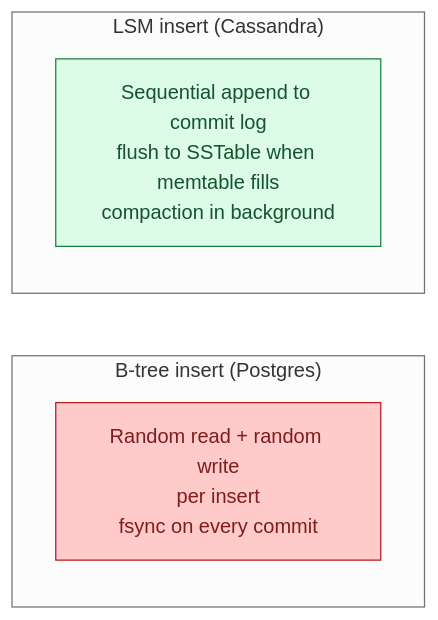
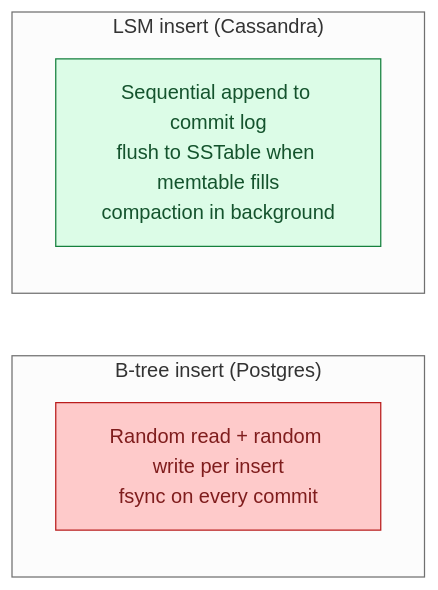
One commit to shiningflash/system-design changed the fourth of 9 diagrams in problems/018-write-heavy-patterns/solution.md. Above: the diagram before and after it, drawn with Mermaid (neutral theme). The commit also changed other lines of this file and 37 other files, not shown here.

````diff
--- a/problems/018-write-heavy-patterns/solution.md
+++ b/problems/018-write-heavy-patterns/solution.md
@@ -219,14 +204,14 @@
 ```mermaid
 flowchart LR
     subgraph BTree["B-tree insert (Postgres)"]
         direction TB
-        BW["Random read + random write<br/>per insert<br/>fsync on every commit"]:::bad
+        BW["Random read + random write per insert<br/>fsync on every commit"]:::bad
     end
     subgraph LSM["LSM insert (Cassandra)"]
         direction TB
         LW["Sequential append to commit log<br/>flush to SSTable when memtable fills<br/>compaction in background"]:::ok
     end
 
     classDef ok  fill:#dcfce7,stroke:#15803d,color:#14532d
     classDef bad fill:#fecaca,stroke:#b91c1c,color:#7f1d1d
 ```
````
